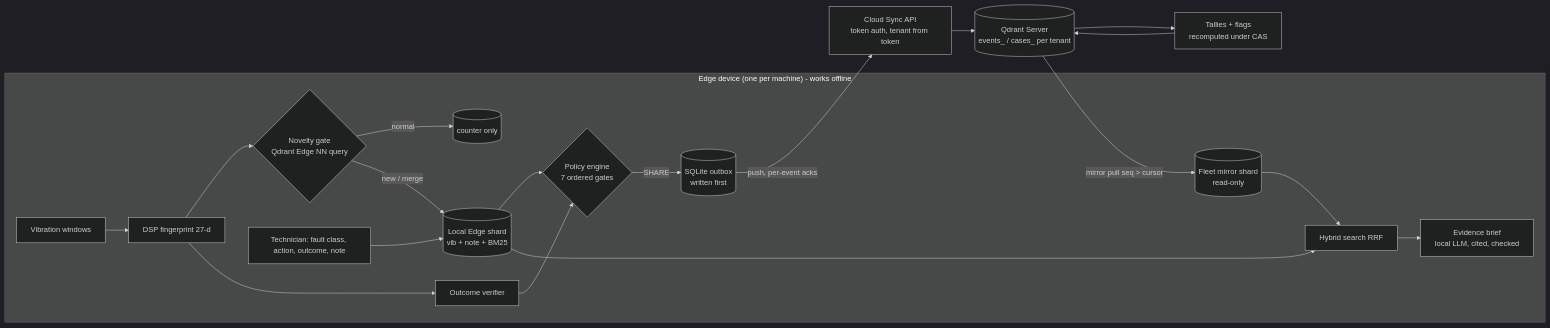
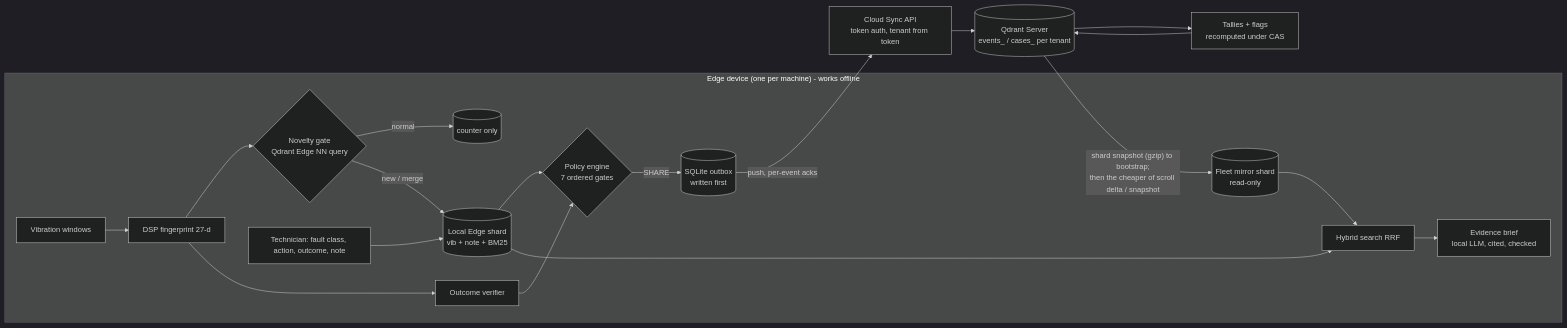
Before and after one commit to whoamiharshh/memory-edge-: the diagram in README.md, drawn with Mermaid (dark theme). The commit also changed other lines of this file and 13 other files, not shown here.

````diff
--- a/README.md
+++ b/README.md
@@ -33,21 +35,21 @@
 ```mermaid
 flowchart LR
   subgraph Device["Edge device (one per machine) - works offline"]
     S[Vibration windows] --> F[DSP fingerprint 27-d]
     F --> G{Novelty gate<br/>Qdrant Edge NN query}
     G -- normal --> C[(counter only)]
     G -- new / merge --> E[(Local Edge shard<br/>vib + note + BM25)]
     T[Technician: fault class, action, outcome, note] --> E
     F --> V[Outcome verifier]
     V --> P{Policy engine<br/>7 ordered gates}
     E --> P
     P -- SHARE --> O[(SQLite outbox<br/>written first)]
     M[(Fleet mirror shard<br/>read-only)] --> Q[Hybrid search RRF]
     E --> Q --> R[Evidence brief<br/>local LLM, cited, checked]
   end
   O -- push, per-event acks --> API[Cloud Sync API<br/>token auth, tenant from token]
   API --> QS[(Qdrant Server<br/>events_ / cases_ per tenant)]
   QS --> TL[Tallies + flags<br/>recomputed under CAS]
   TL --> QS
-  QS -- mirror pull seq > cursor --> M
+  QS -- "shard snapshot (gzip) to bootstrap;<br/>then the cheaper of scroll delta / snapshot" --> M
 ```
````
